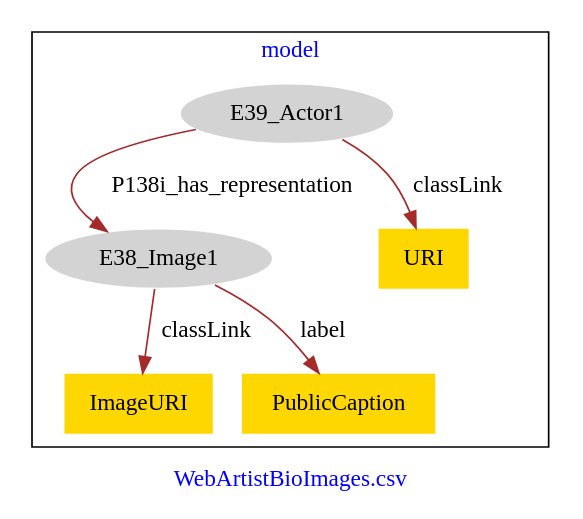
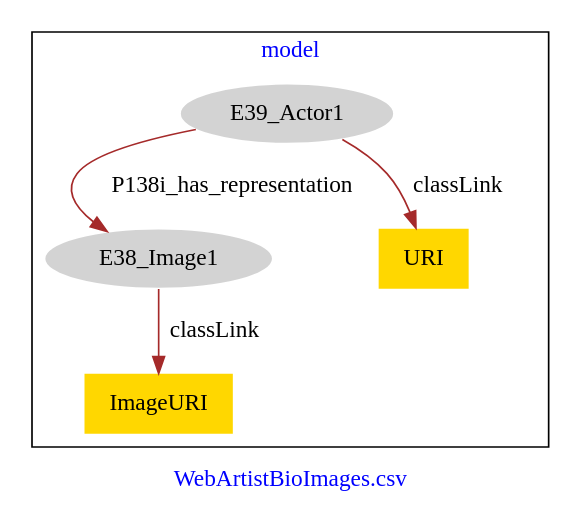
Before and after one commit to american-art/SAAM: the diagram in WebArtistBioImages/WebArtistBioImages-model.dot, drawn with Graphviz.

Commit message:
Update file WebArtistBioImages-model.dot

```diff
--- a/WebArtistBioImages/WebArtistBioImages-model.dot
+++ b/WebArtistBioImages/WebArtistBioImages-model.dot
@@ -1,17 +1,15 @@
 digraph n0 {
 fontcolor="blue"
 remincross="true"
 label="WebArtistBioImages.csv"
 subgraph cluster {
 label="model"
 n2[style="filled",color="white",fillcolor="lightgray",label="E39_Actor1"];
 n3[style="filled",color="white",fillcolor="lightgray",label="E38_Image1"];
-n4[shape="plaintext",style="filled",fillcolor="gold",label="URI"];
-n5[shape="plaintext",style="filled",fillcolor="gold",label="ImageURI"];
-n6[shape="plaintext",style="filled",fillcolor="gold",label="PublicCaption"];
+n4[shape="plaintext",style="filled",fillcolor="gold",label="ImageURI"];
+n5[shape="plaintext",style="filled",fillcolor="gold",label="URI"];
 }
 n2 -> n3[color="brown",fontcolor="black",label="P138i_has_representation"]
-n2 -> n4[color="brown",fontcolor="black",label="classLink"]
-n3 -> n5[color="brown",fontcolor="black",label="classLink"]
-n3 -> n6[color="brown",fontcolor="black",label="label"]
+n3 -> n4[color="brown",fontcolor="black",label="classLink"]
+n2 -> n5[color="brown",fontcolor="black",label="classLink"]
 }
```
